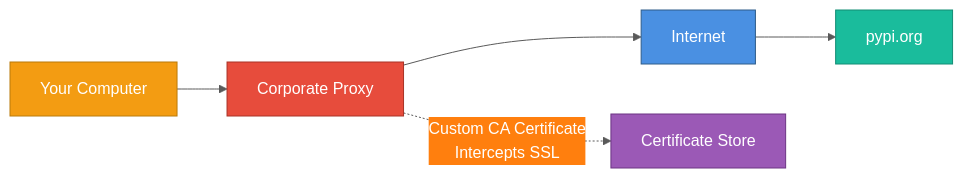
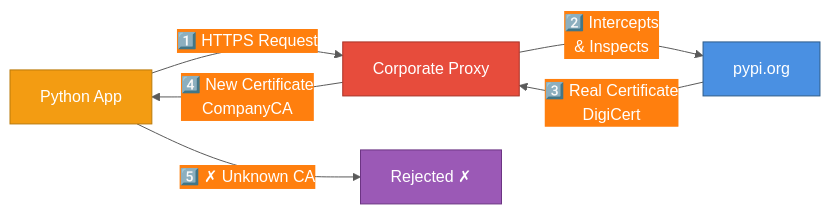
The second of 3 diagrams in devops/enterprise-python-setup.md (nagarjunr/A_Developers_Diary), drawn with Mermaid before and after one commit. The commit also changed other lines of this file, not shown here.

Commit message:
Updating Enterprise Python SSL Errors Document. Adding more details.

````diff
--- a/devops/enterprise-python-setup.md
+++ b/devops/enterprise-python-setup.md
@@ -62,14 +73,14 @@
 ```mermaid
 %%{init: {'theme':'base', 'themeVariables': { 'primaryColor':'#1f77b4','primaryTextColor':'#fff','primaryBorderColor':'#145a8c','lineColor':'#5a5a5a','secondaryColor':'#ff7f0e','tertiaryColor':'#2ca02c'}}}%%
 graph LR
-    A[Your Computer]:::orange --> B[Corporate Proxy]:::red
-    B --> C[Internet]:::blue
-    C --> D[pypi.org]:::teal
-    B -.->|Custom CA Certificate<br/>Intercepts SSL| E[Certificate Store]:::purple
+    A[Python App]:::orange -->|1️⃣ HTTPS Request| P[Corporate Proxy]:::red
+    P -->|2️⃣ Intercepts<br/>& Inspects| S[pypi.org]:::blue
+    S -->|3️⃣ Real Certificate<br/>DigiCert| P
+    P -->|4️⃣ New Certificate<br/>CompanyCA| A
+    A -->|5️⃣ ✗ Unknown CA| X[Rejected ✗]:::purple
 
     classDef orange fill:#F39C12,stroke:#BA7A0A,color:#fff
     classDef red fill:#E74C3C,stroke:#A93226,color:#fff
     classDef blue fill:#4A90E2,stroke:#2E5C8A,color:#fff
-    classDef teal fill:#1ABC9C,stroke:#138D75,color:#fff
     classDef purple fill:#9B59B6,stroke:#6C3483,color:#fff
 ```
````
